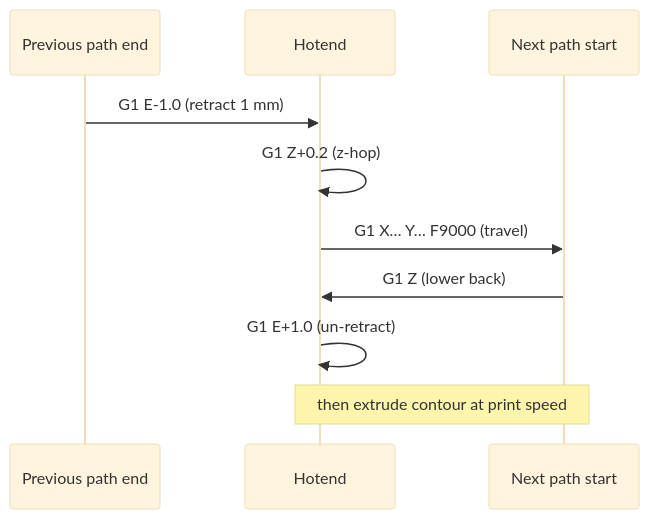
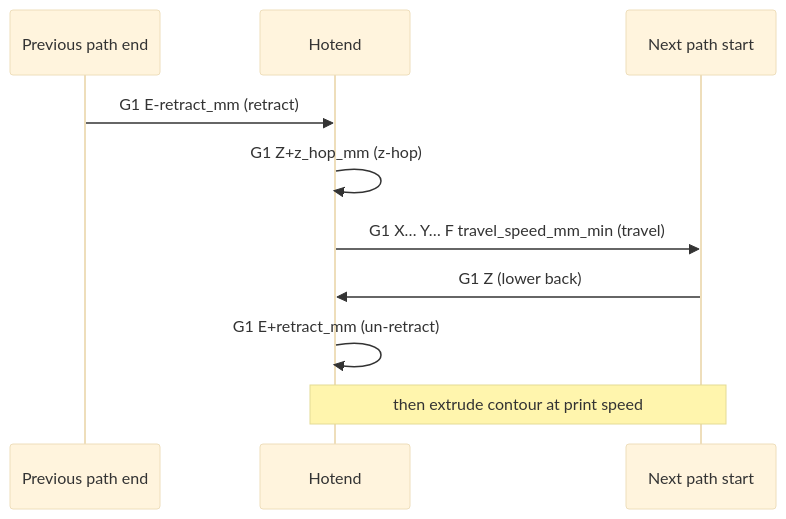
One commit to max-scopp/slicer-engine changed the fourth of 4 diagrams in src/gcode/README.md. Above: the diagram before and after it, drawn with Mermaid (base theme). The commit also changed other lines of this file and 2 other files, not shown here.

````diff
--- a/src/gcode/README.md
+++ b/src/gcode/README.md
@@ -117,13 +163,13 @@
 ```mermaid
 sequenceDiagram
     participant P as Previous path end
     participant H as Hotend
     participant N as Next path start
 
-    P->>H: G1 E-1.0 (retract 1 mm)
-    H->>H: G1 Z+0.2 (z-hop)
-    H->>N: G1 X… Y… F9000 (travel)
+    P->>H: G1 E-retract_mm (retract)
+    H->>H: G1 Z+z_hop_mm (z-hop)
+    H->>N: G1 X… Y… F travel_speed_mm_min (travel)
     N->>H: G1 Z (lower back)
-    H->>H: G1 E+1.0 (un-retract)
+    H->>H: G1 E+retract_mm (un-retract)
     Note over H,N: then extrude contour at print speed
 ```
````
